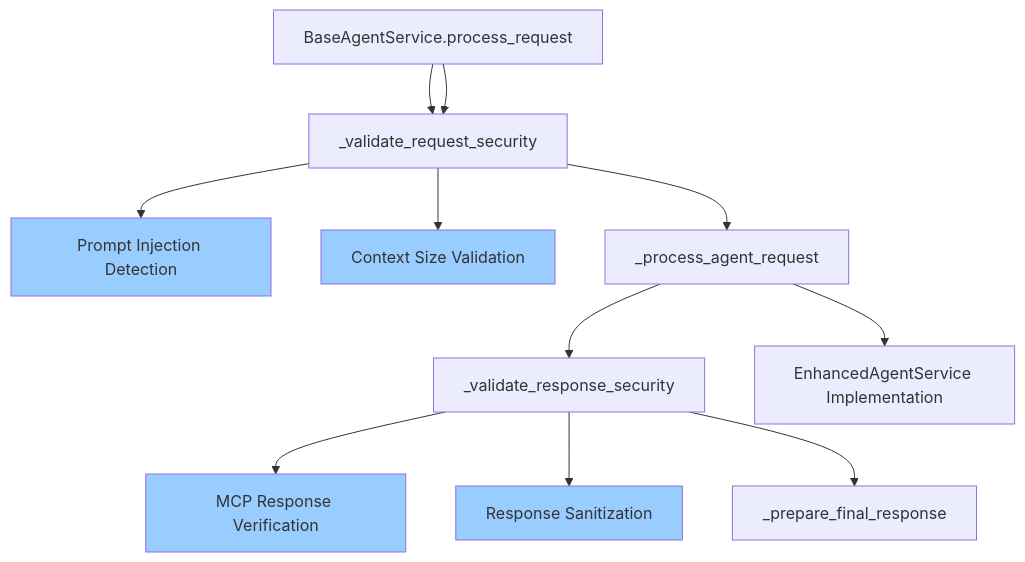
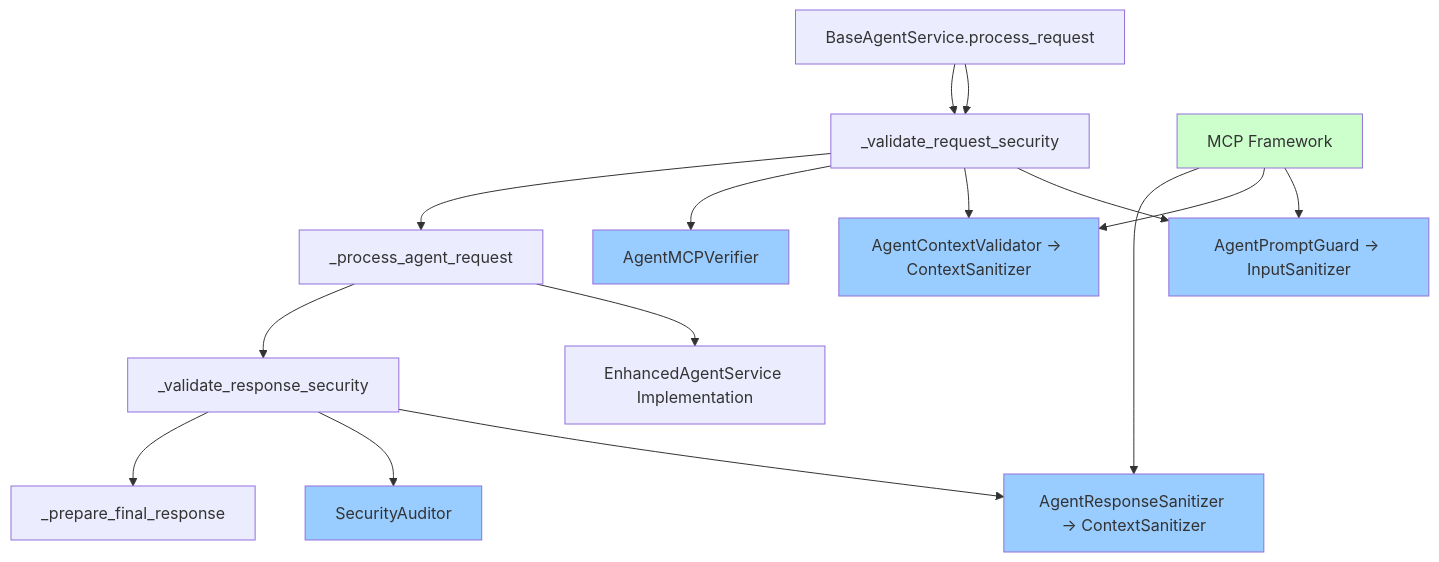
The fourth of 7 diagrams in ADK MCP/MCP_SEQUENCE_DIAGRAM.md (rnerurkar/mcp-implementation), drawn with Mermaid before and after one commit. The commit also changed other lines of this file and 39 other files, not shown here.

````diff
--- a/ADK MCP/MCP_SEQUENCE_DIAGRAM.md
+++ b/ADK MCP/MCP_SEQUENCE_DIAGRAM.md
@@ -199,20 +233,27 @@
 ```mermaid
 graph TB
     A[BaseAgentService.process_request] --> B[_validate_request_security]
-    B --> C[Prompt Injection Detection]
-    B --> D[Context Size Validation]
-    E[_validate_response_security] --> F[MCP Response Verification]
-    E --> G[Response Sanitization]
+    B --> C[AgentPromptGuard → InputSanitizer]
+    B --> D[AgentContextValidator → ContextSanitizer]
+    B --> E[AgentMCPVerifier]
+    F[_validate_response_security] --> G[AgentResponseSanitizer → ContextSanitizer]
+    F --> H[SecurityAuditor]
     
-    H[_process_agent_request] --> I[EnhancedAgentService Implementation]
+    I[_process_agent_request] --> J[EnhancedAgentService Implementation]
     
     A --> B
-    B --> H
-    H --> E
-    E --> J[_prepare_final_response]
+    B --> I
+    I --> F
+    F --> K[_prepare_final_response]
+    
+    L[MCP Framework] --> C
+    L --> D
+    L --> G
     
     style C fill:#99ccff
     style D fill:#99ccff
-    style F fill:#99ccff
+    style E fill:#99ccff
     style G fill:#99ccff
+    style H fill:#99ccff
+    style L fill:#ccffcc
 ```
````
